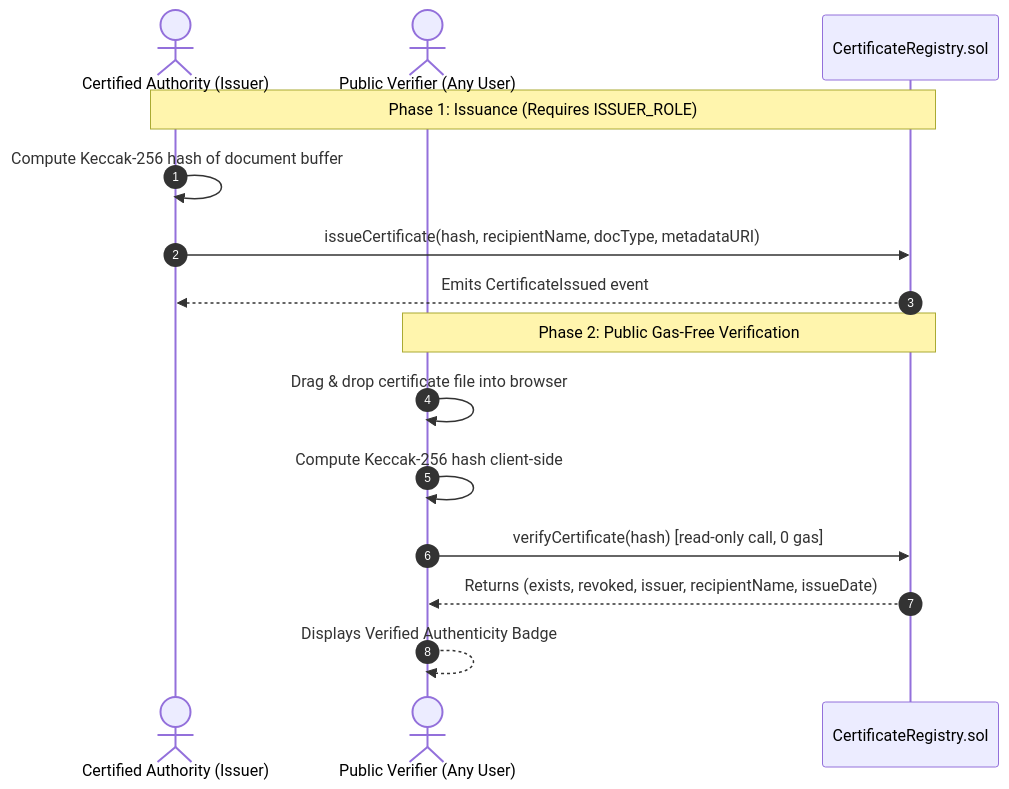
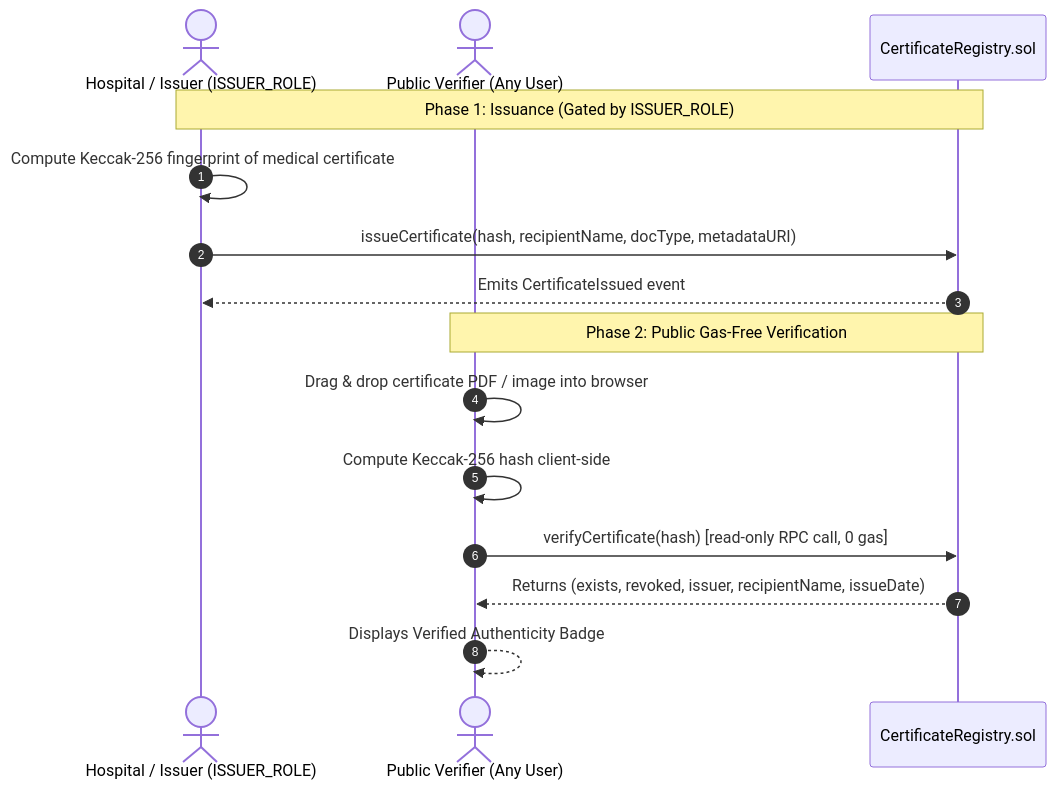
One commit to Anmol4679/blockchain_project_vit changed the third of 3 diagrams in README.md. Above: the diagram before and after it, drawn with Mermaid. The commit also changed other lines of this file and 5 other files, not shown here.

Commit message:
feat: enable wallet address pasting on login, automate on-chain role transactions in admin, and update docs with references

````diff
--- a/README.md
+++ b/README.md
@@ -97,19 +114,19 @@
 ```mermaid
 sequenceDiagram
     autonumber
-    actor Issuer as Certified Authority (Issuer)
+    actor Issuer as Hospital / Issuer (ISSUER_ROLE)
     actor Verifier as Public Verifier (Any User)
     participant Chain as CertificateRegistry.sol
 
-    Note over Issuer, Chain: Phase 1: Issuance (Requires ISSUER_ROLE)
-    Issuer->>Issuer: Compute Keccak-256 hash of document buffer
+    Note over Issuer, Chain: Phase 1: Issuance (Gated by ISSUER_ROLE)
+    Issuer->>Issuer: Compute Keccak-256 fingerprint of medical certificate
     Issuer->>Chain: issueCertificate(hash, recipientName, docType, metadataURI)
     Chain-->>Issuer: Emits CertificateIssued event
 
     Note over Verifier, Chain: Phase 2: Public Gas-Free Verification
-    Verifier->>Verifier: Drag & drop certificate file into browser
+    Verifier->>Verifier: Drag & drop certificate PDF / image into browser
     Verifier->>Verifier: Compute Keccak-256 hash client-side
-    Verifier->>Chain: verifyCertificate(hash) [read-only call, 0 gas]
+    Verifier->>Chain: verifyCertificate(hash) [read-only RPC call, 0 gas]
     Chain-->>Verifier: Returns (exists, revoked, issuer, recipientName, issueDate)
     Verifier-->>Verifier: Displays Verified Authenticity Badge
 ```
````
